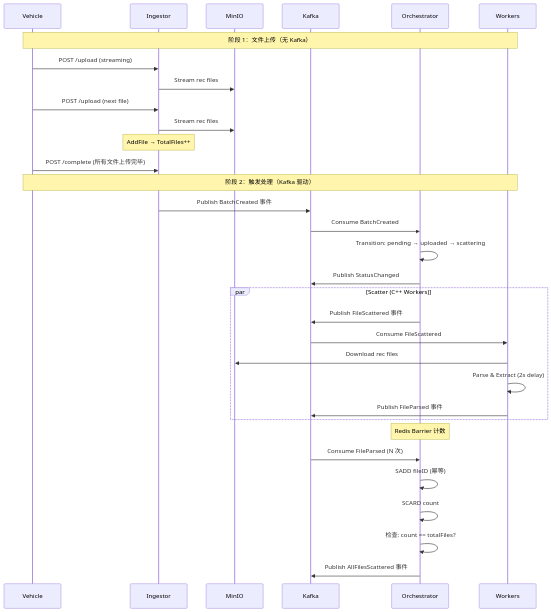
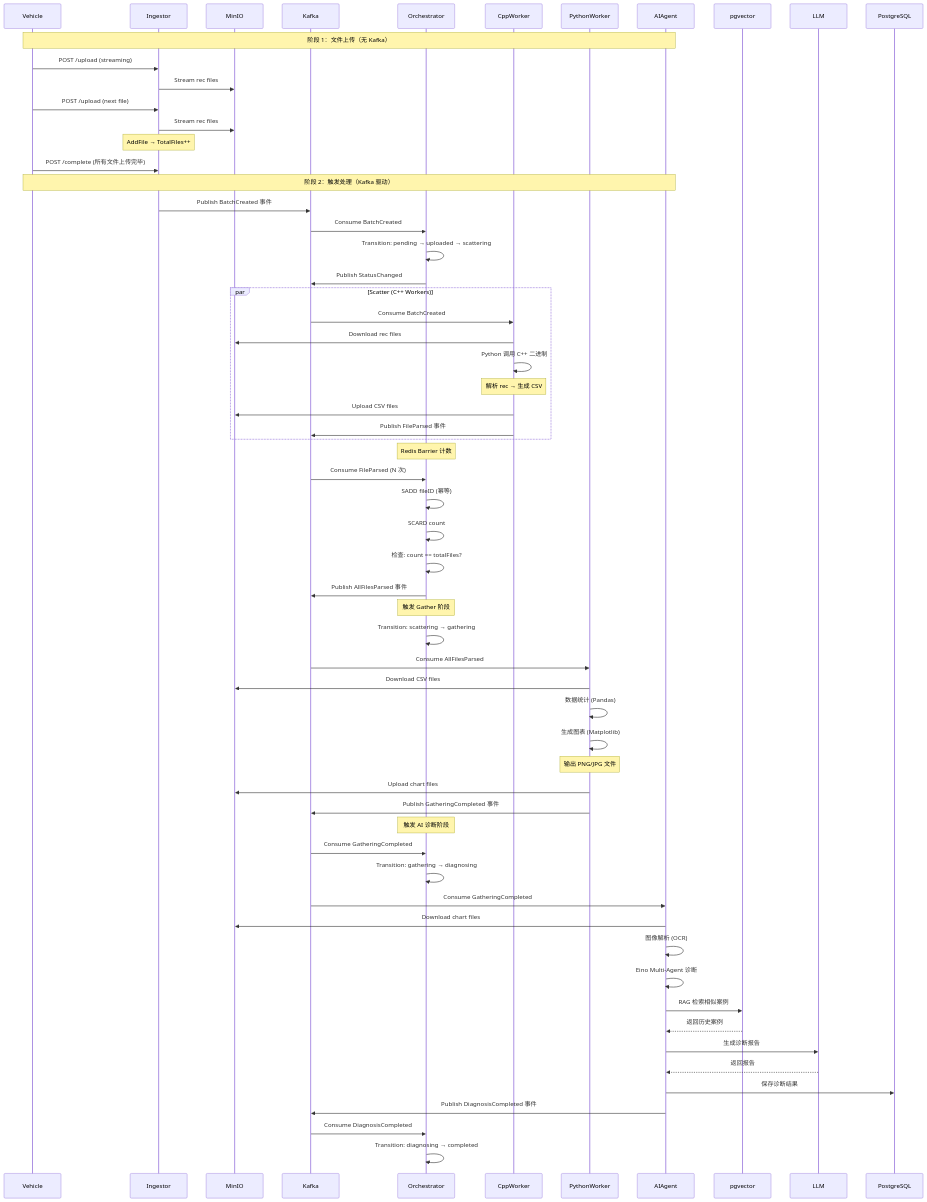
The second of 3 diagrams in docs/Argus_OTA_Platform.md (MISTRYUSER/Argus-OTA-Platform), drawn with Mermaid before and after one commit. The commit also changed other lines of this file and 65 other files, not shown here.

````diff
--- a/docs/Argus_OTA_Platform.md
+++ b/docs/Argus_OTA_Platform.md
@@ -118,38 +469,68 @@
 ```mermaid
 sequenceDiagram
     participant Vehicle
     participant Ingestor
     participant MinIO
     participant Kafka
     participant Orchestrator
-    participant Workers
+    participant CppWorker
+    participant PythonWorker
+    participant AIAgent
 
-    Note over Vehicle,Workers: 阶段 1：文件上传（无 Kafka）
+    Note over Vehicle,AIAgent: 阶段 1：文件上传（无 Kafka）
     Vehicle->>Ingestor: POST /upload (streaming)
     Ingestor->>MinIO: Stream rec files
     Vehicle->>Ingestor: POST /upload (next file)
     Ingestor->>MinIO: Stream rec files
     Note over Ingestor: AddFile → TotalFiles++
     Vehicle->>Ingestor: POST /complete (所有文件上传完毕)
 
-    Note over Vehicle,Workers: 阶段 2：触发处理（Kafka 驱动）
+    Note over Vehicle,AIAgent: 阶段 2：触发处理（Kafka 驱动）
     Ingestor->>Kafka: Publish BatchCreated 事件
     Kafka->>Orchestrator: Consume BatchCreated
     Orchestrator->>Orchestrator: Transition: pending → uploaded → scattering
     Orchestrator->>Kafka: Publish StatusChanged
 
     par Scatter (C++ Workers)
-        Orchestrator->>Kafka: Publish FileScattered 事件
-        Kafka->>Workers: Consume FileScattered
-        Workers->>MinIO: Download rec files
-        Workers->>Workers: Parse & Extract (2s delay)
-        Workers->>Kafka: Publish FileParsed 事件
+        Kafka->>CppWorker: Consume BatchCreated
+        CppWorker->>MinIO: Download rec files
+        CppWorker->>CppWorker: Python 调用 C++ 二进制
+        Note over CppWorker: 解析 rec → 生成 CSV
+        CppWorker->>MinIO: Upload CSV files
+        CppWorker->>Kafka: Publish FileParsed 事件
     end
 
     Note over Orchestrator: Redis Barrier 计数
     Kafka->>Orchestrator: Consume FileParsed (N 次)
     Orchestrator->>Orchestrator: SADD fileID (幂等)
     Orchestrator->>Orchestrator: SCARD count
     Orchestrator->>Orchestrator: 检查: count == totalFiles?
-    Orchestrator->>Kafka: Publish AllFilesScattered 事件
+    Orchestrator->>Kafka: Publish AllFilesParsed 事件
+
+    Note over Orchestrator: 触发 Gather 阶段
+    Orchestrator->>Orchestrator: Transition: scattering → gathering
+    Kafka->>PythonWorker: Consume AllFilesParsed
+    PythonWorker->>MinIO: Download CSV files
+    PythonWorker->>PythonWorker: 数据统计 (Pandas)
+    PythonWorker->>PythonWorker: 生成图表 (Matplotlib)
+    Note over PythonWorker: 输出 PNG/JPG 文件
+    PythonWorker->>MinIO: Upload chart files
+    PythonWorker->>Kafka: Publish GatheringCompleted 事件
+
+    Note over Orchestrator: 触发 AI 诊断阶段
+    Kafka->>Orchestrator: Consume GatheringCompleted
+    Orchestrator->>Orchestrator: Transition: gathering → diagnosing
+    Kafka->>AIAgent: Consume GatheringCompleted
+    AIAgent->>MinIO: Download chart files
+    AIAgent->>AIAgent: 图像解析 (OCR)
+    AIAgent->>AIAgent: Eino Multi-Agent 诊断
+    AIAgent->>pgvector: RAG 检索相似案例
+    pgvector-->>AIAgent: 返回历史案例
+    AIAgent->>LLM: 生成诊断报告
+    LLM-->>AIAgent: 返回报告
+    AIAgent->>PostgreSQL: 保存诊断结果
+    AIAgent->>Kafka: Publish DiagnosisCompleted 事件
+
+    Kafka->>Orchestrator: Consume DiagnosisCompleted
+    Orchestrator->>Orchestrator: Transition: diagnosing → completed
 ```
````
